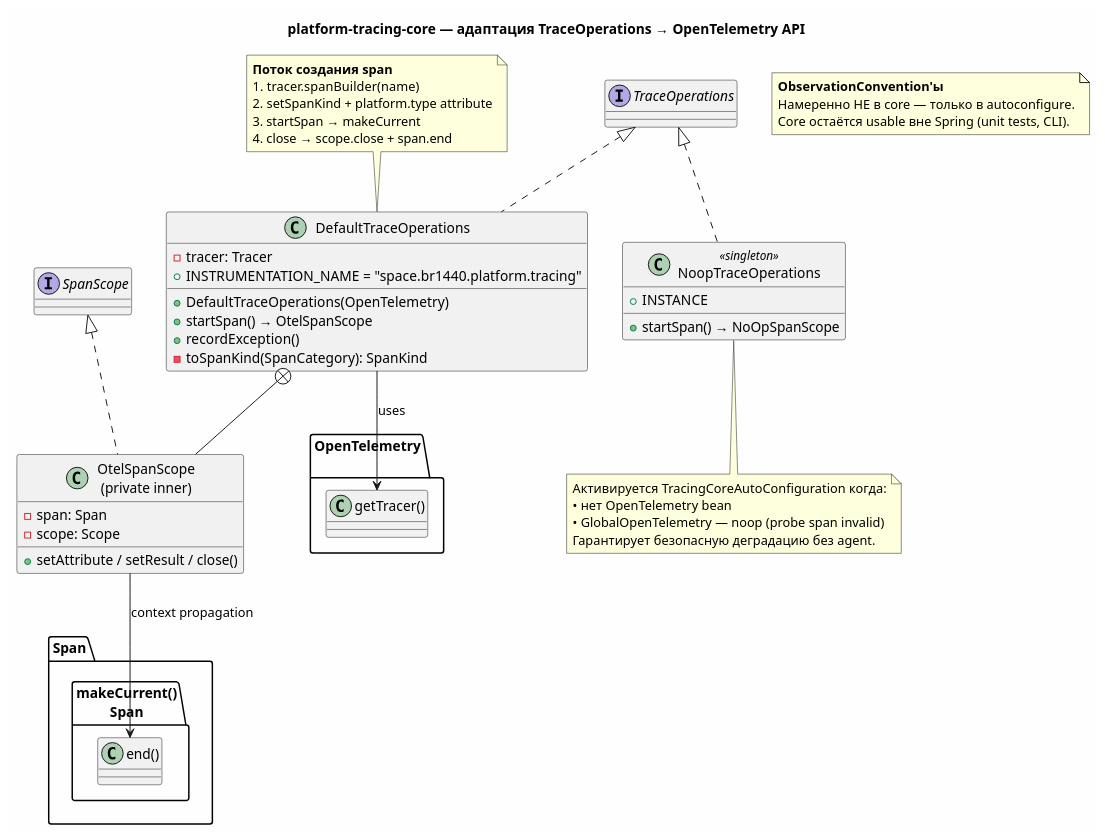
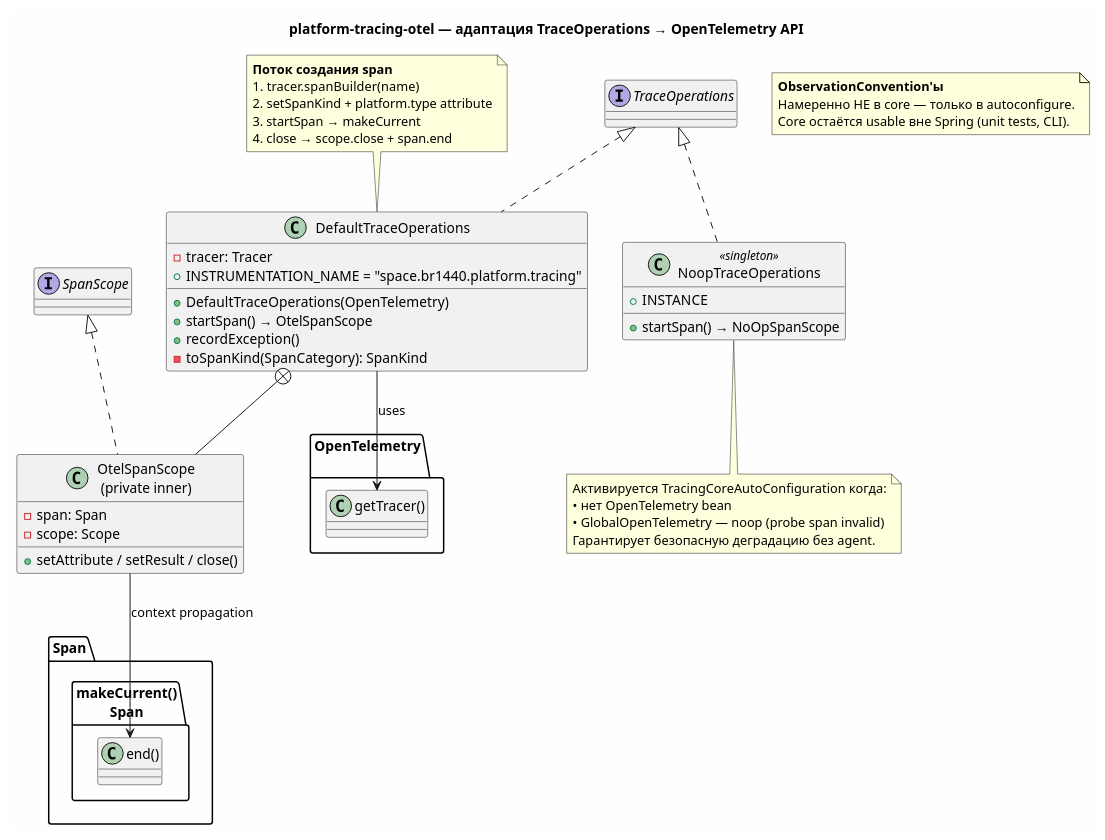
Before and after one commit to andrew3008/EnglishDictionary: the fourth of 11 diagrams in docs/architecture/Components_v2.puml, drawn with PlantUML. The commit also changed other lines of this file and 223 other files, not shown here.

Commit message:
refactor(tracing): rename core artifact to platform-tracing-otel

```diff
--- a/docs/architecture/Components_v2.puml
+++ b/docs/architecture/Components_v2.puml
@@ -302,60 +302,60 @@
 @startuml platform-tracing-04-core-module
 skinparam backgroundColor #FEFEFE
 skinparam defaultFontName "Segoe UI"
 
-title platform-tracing-core — адаптация TraceOperations → OpenTelemetry API
+title platform-tracing-otel — адаптация TraceOperations → OpenTelemetry API
 
 class DefaultTraceOperations {
   -tracer: Tracer
   +INSTRUMENTATION_NAME = "space.br1440.platform.tracing"
   __
   +DefaultTraceOperations(OpenTelemetry)
   +startSpan() → OtelSpanScope
   +recordException()
   -toSpanKind(SpanCategory): SpanKind
 }
 
 class "OtelSpanScope\n(private inner)" as OtelSpanScope {
   -span: Span
   -scope: Scope
   +setAttribute / setResult / close()
 }
 
 class NoopTraceOperations <<singleton>> {
   +INSTANCE
   +startSpan() → NoOpSpanScope
 }
 
 interface TraceOperations
 interface SpanScope
 
 TraceOperations <|.. DefaultTraceOperations
 TraceOperations <|.. NoopTraceOperations
 DefaultTraceOperations +-- OtelSpanScope
 SpanScope <|.. OtelSpanScope
 
 DefaultTraceOperations --> "OpenTelemetry\n.getTracer()" : uses
 OtelSpanScope --> "Span.makeCurrent()\nSpan.end()" : context propagation
 
 note top of DefaultTraceOperations
   **Поток создания span**
   1. tracer.spanBuilder(name)
   2. setSpanKind + platform.type attribute
   3. startSpan → makeCurrent
   4. close → scope.close + span.end
 end note
 
 note bottom of NoopTraceOperations
   Активируется TracingCoreAutoConfiguration когда:
   • нет OpenTelemetry bean
   • GlobalOpenTelemetry — noop (probe span invalid)
   Гарантирует безопасную деградацию без agent.
 end note
 
 note as N_obs
   **ObservationConvention'ы**
   Намеренно НЕ в core — только в autoconfigure.
   Core остаётся usable вне Spring (unit tests, CLI).
 end note
 
 @enduml
```
